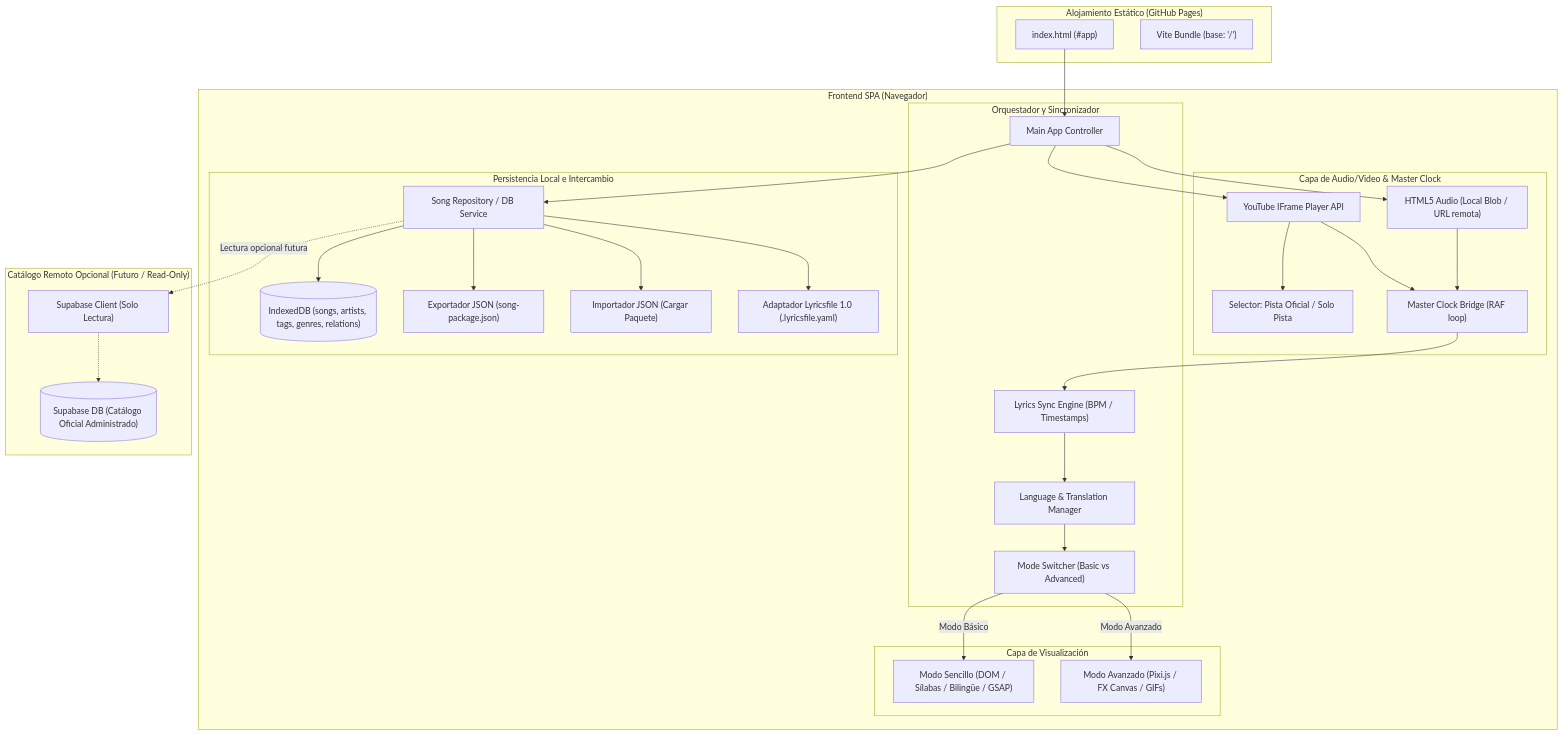
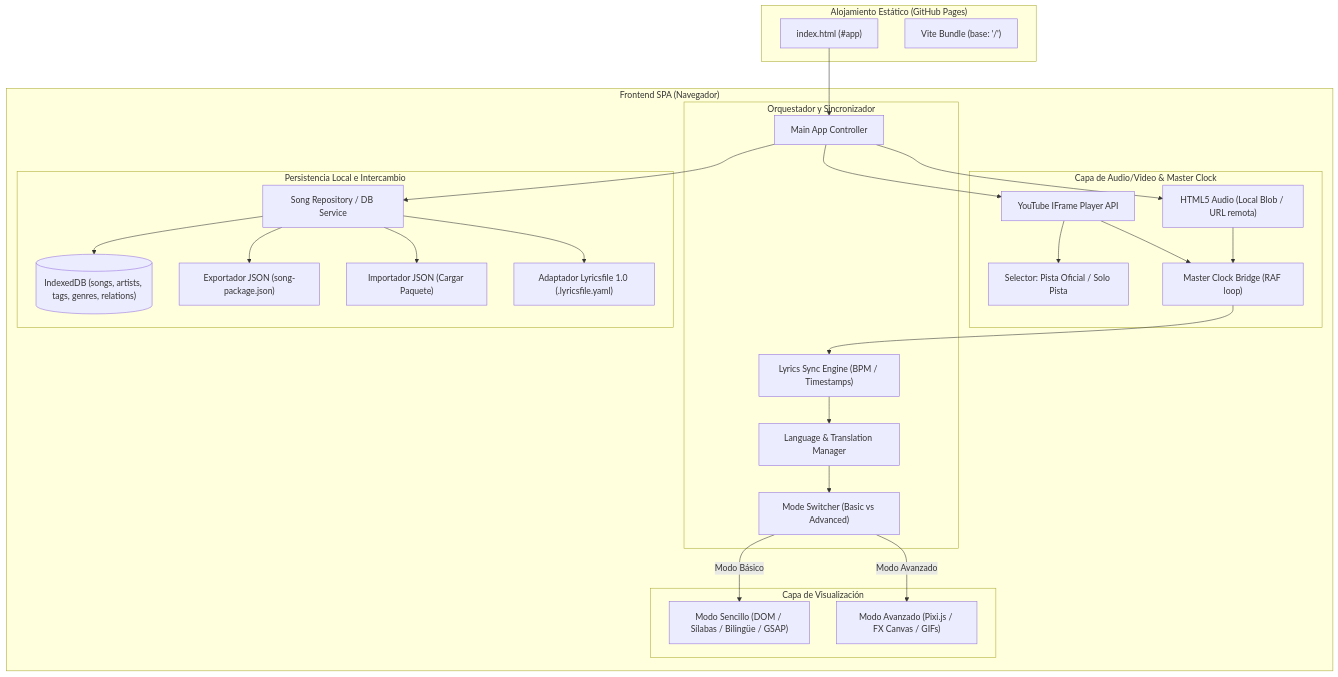
One commit to LeaMesi/LeaMesi.github.io changed the first of 3 diagrams in design.md. Above: the diagram before and after it, drawn with Mermaid. The commit also changed other lines of this file and 10 other files, not shown here.

````diff
--- a/design.md
+++ b/design.md
@@ -22,62 +21,55 @@
 ```mermaid
 graph TD
     subgraph Hosting ["Alojamiento Estático (GitHub Pages)"]
         HTML["index.html (#app)"]
         ViteConfig["Vite Bundle (base: '/')"]
     end
 
     subgraph Client ["Frontend SPA (Navegador)"]
         subgraph Media ["Capa de Audio/Video & Master Clock"]
             YTPlayer["YouTube IFrame Player API"]
             AudioElement["HTML5 Audio (Local Blob / URL remota)"]
             TrackToggle["Selector: Pista Oficial / Solo Pista"]
             TimePoller["Master Clock Bridge (RAF loop)"]
         end
 
         subgraph Core ["Orquestador y Sincronizador"]
             AppController["Main App Controller"]
             SyncEngine["Lyrics Sync Engine (BPM / Timestamps)"]
             LanguageManager["Language & Translation Manager"]
             ModeManager["Mode Switcher (Basic vs Advanced)"]
         end
 
         subgraph Presentation ["Capa de Visualización"]
             BasicViewer["Modo Sencillo (DOM / Sílabas / Bilingüe / GSAP)"]
             AdvancedViewer["Modo Avanzado (Pixi.js / FX Canvas / GIFs)"]
         end
 
         subgraph StorageLayer ["Persistencia Local e Intercambio"]
             LocalDB[("IndexedDB (songs, artists, tags, genres, relations)")]
             SongRepo["Song Repository / DB Service"]
             JSONExport["Exportador JSON (song-package.json)"]
             JSONImport["Importador JSON (Cargar Paquete)"]
             LyricsfileAdapter["Adaptador Lyricsfile 1.0 (.lyricsfile.yaml)"]
         end
     end
 
-    subgraph FutureRemote ["Catálogo Remoto Opcional (Futuro / Read-Only)"]
-        SupaReadClient["Supabase Client (Solo Lectura)"]
-        SupaCatalog[("Supabase DB (Catálogo Oficial Administrado)")]
-    end
-
     HTML --> AppController
     AppController --> SongRepo
     SongRepo --> LocalDB
     SongRepo --> JSONExport
     SongRepo --> JSONImport
     SongRepo --> LyricsfileAdapter
-    SongRepo -.->|Lectura opcional futura| SupaReadClient
-    SupaReadClient -.-> SupaCatalog
 
     AppController --> YTPlayer
     AppController --> AudioElement
     YTPlayer --> TrackToggle
     YTPlayer --> TimePoller
     AudioElement --> TimePoller
     TimePoller --> SyncEngine
 
     SyncEngine --> LanguageManager
     LanguageManager --> ModeManager
     ModeManager -->|Modo Básico| BasicViewer
     ModeManager -->|Modo Avanzado| AdvancedViewer
 ```
````
